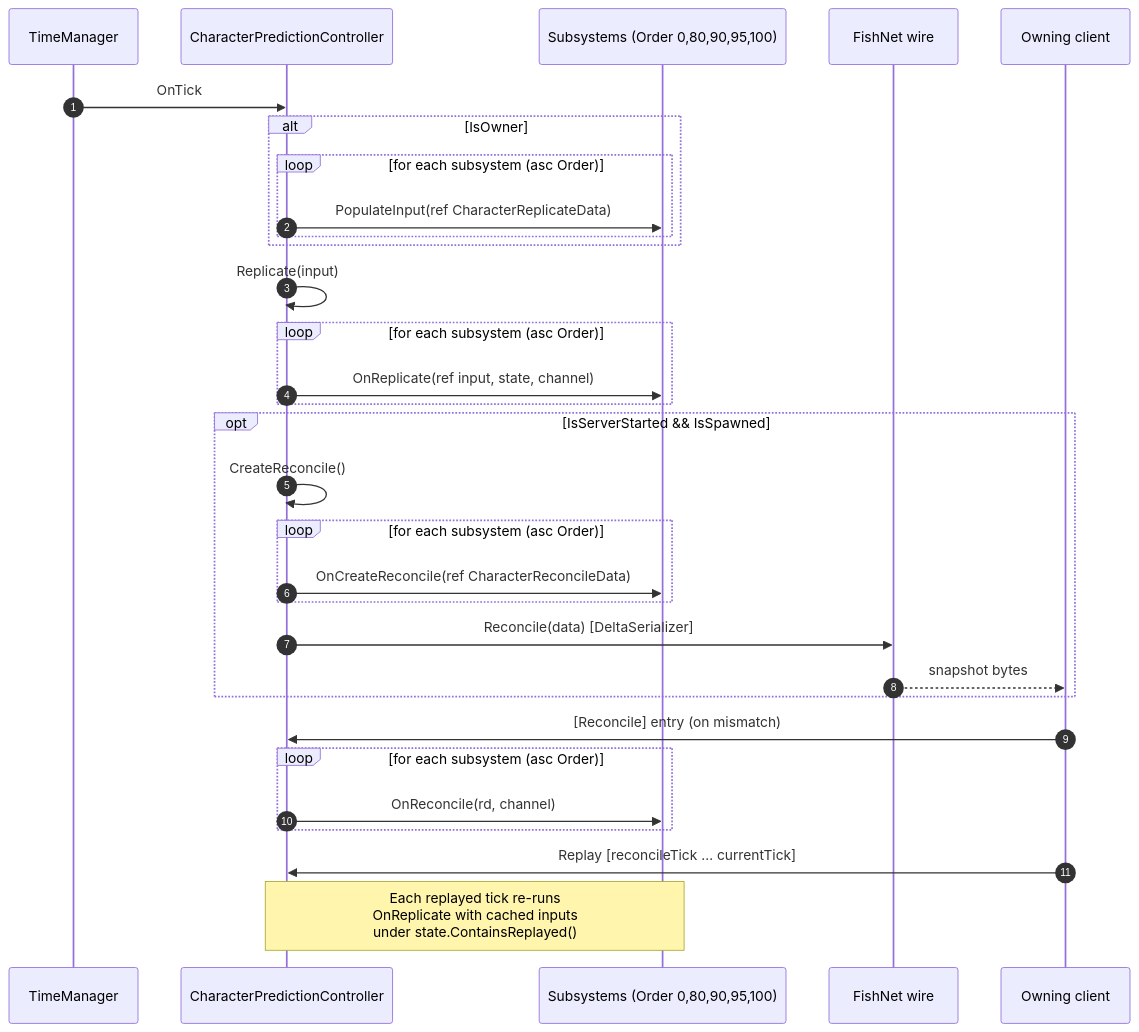
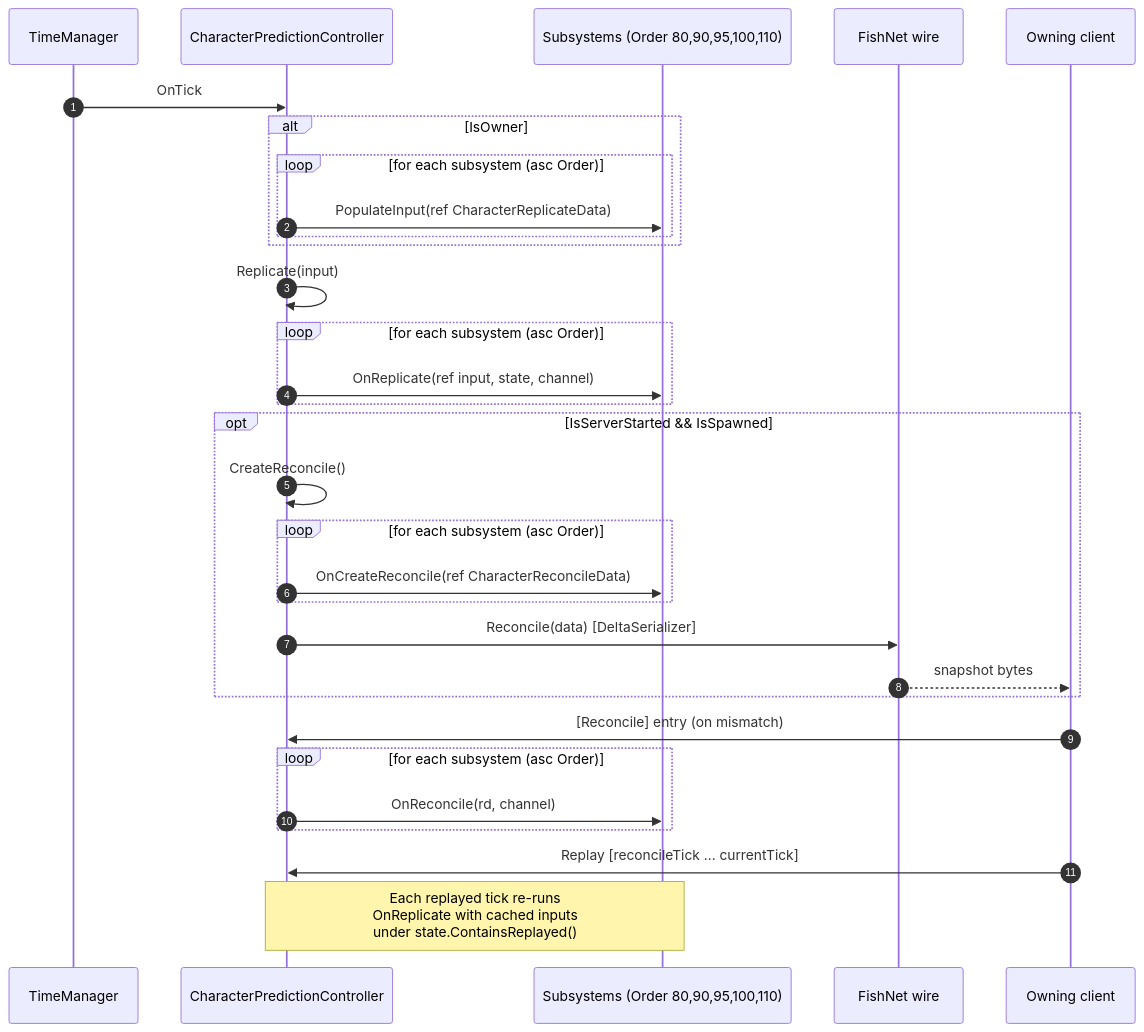
The second of 5 diagrams in FishMMO-Unity/Assets/Scripts/Shared/Implementation/Entity/Prediction/README.md (jimdroberts/FishMMO), drawn with Mermaid before and after one commit. The commit also changed other lines of this file and 1 other file, not shown here.

````diff
--- a/FishMMO-Unity/Assets/Scripts/Shared/Implementation/Entity/Prediction/README.md
+++ b/FishMMO-Unity/Assets/Scripts/Shared/Implementation/Entity/Prediction/README.md
@@ -302,36 +302,36 @@
 ```mermaid
 sequenceDiagram
     autonumber
     participant TM as TimeManager
     participant CPC as CharacterPredictionController
-    participant Subs as Subsystems (Order 0,80,90,95,100)
+    participant Subs as Subsystems (Order 80,90,95,100,110)
     participant Net as FishNet wire
     participant Cli as Owning client
 
     TM->>CPC: OnTick
     alt IsOwner
         loop for each subsystem (asc Order)
             CPC->>Subs: PopulateInput(ref CharacterReplicateData)
         end
     end
     CPC->>CPC: Replicate(input)
     loop for each subsystem (asc Order)
         CPC->>Subs: OnReplicate(ref input, state, channel)
     end
 
     opt IsServerStarted && IsSpawned
         CPC->>CPC: CreateReconcile()
         loop for each subsystem (asc Order)
             CPC->>Subs: OnCreateReconcile(ref CharacterReconcileData)
         end
         CPC->>Net: Reconcile(data)   [DeltaSerializer]
         Net-->>Cli: snapshot bytes
     end
 
     Cli->>CPC: [Reconcile] entry (on mismatch)
     loop for each subsystem (asc Order)
         CPC->>Subs: OnReconcile(rd, channel)
     end
     Cli->>CPC: Replay [reconcileTick … currentTick]
     Note over CPC,Subs: Each replayed tick re-runs<br/>OnReplicate with cached inputs<br/>under state.ContainsReplayed()
 ```
````
